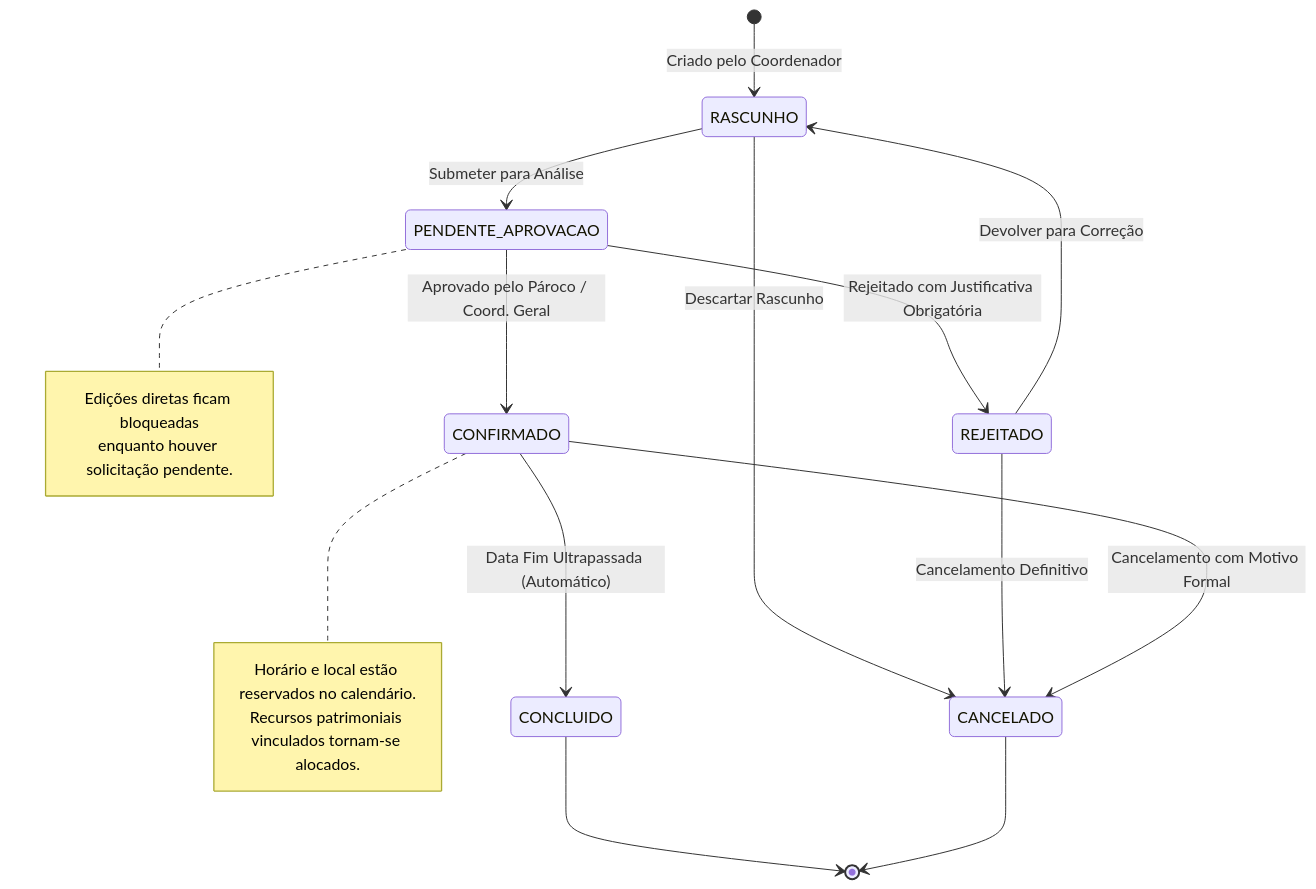
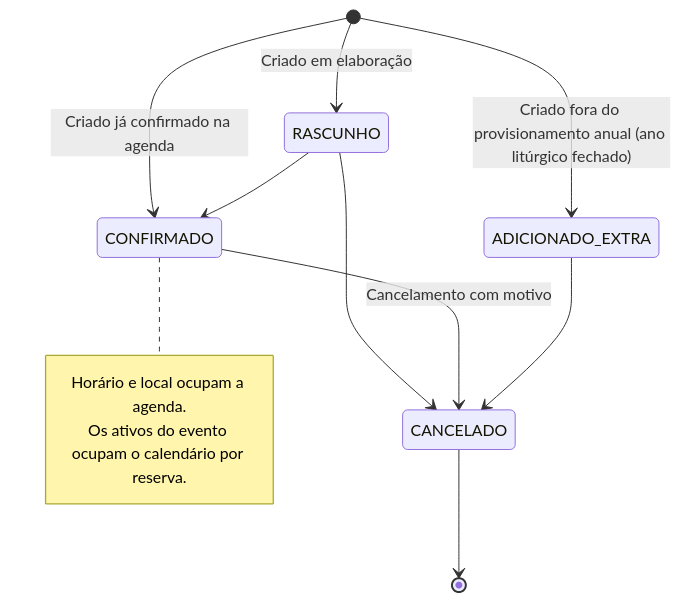
One commit to BrunoLV/paroquia changed the first of 4 diagrams in docs/guide/estados.md. Above: the diagram before and after it, drawn with Mermaid. The commit also changed other lines of this file and 283 other files, not shown here.

````diff
--- a/docs/guide/estados.md
+++ b/docs/guide/estados.md
@@ -11,29 +11,19 @@
 ```mermaid
 stateDiagram-v2
-    [*] --> RASCUNHO: Criado pelo Coordenador
+    [*] --> RASCUNHO: Criado em elaboração
+    [*] --> CONFIRMADO: Criado já confirmado na agenda
+    [*] --> ADICIONADO_EXTRA: Criado fora do provisionamento anual (ano litúrgico fechado)
 
-    RASCUNHO --> PENDENTE_APROVACAO: Submeter para Análise
-    RASCUNHO --> CANCELADO: Descartar Rascunho
+    RASCUNHO --> CONFIRMADO
+    RASCUNHO --> CANCELADO
 
-    PENDENTE_APROVACAO --> CONFIRMADO: Aprovado pelo Pároco / Coord. Geral
-    PENDENTE_APROVACAO --> REJEITADO: Rejeitado com Justificativa Obrigatória
+    CONFIRMADO --> CANCELADO: Cancelamento com motivo
+    ADICIONADO_EXTRA --> CANCELADO
 
-    REJEITADO --> RASCUNHO: Devolver para Correção
-    REJEITADO --> CANCELADO: Cancelamento Definitivo
-
-    CONFIRMADO --> CONCLUIDO: Data Fim Ultrapassada (Automático)
-    CONFIRMADO --> CANCELADO: Cancelamento com Motivo Formal
-
-    CONCLUIDO --> [*]
     CANCELADO --> [*]
 
-    note right of PENDENTE_APROVACAO
-        Edições diretas ficam bloqueadas
-        enquanto houver solicitação pendente.
-    end note
-
     note right of CONFIRMADO
-        Horário e local estão reservados no calendário.
-        Recursos patrimoniais vinculados tornam-se alocados.
+        Horário e local ocupam a agenda.
+        Os ativos do evento ocupam o calendário por reserva.
     end note
 ```
````
